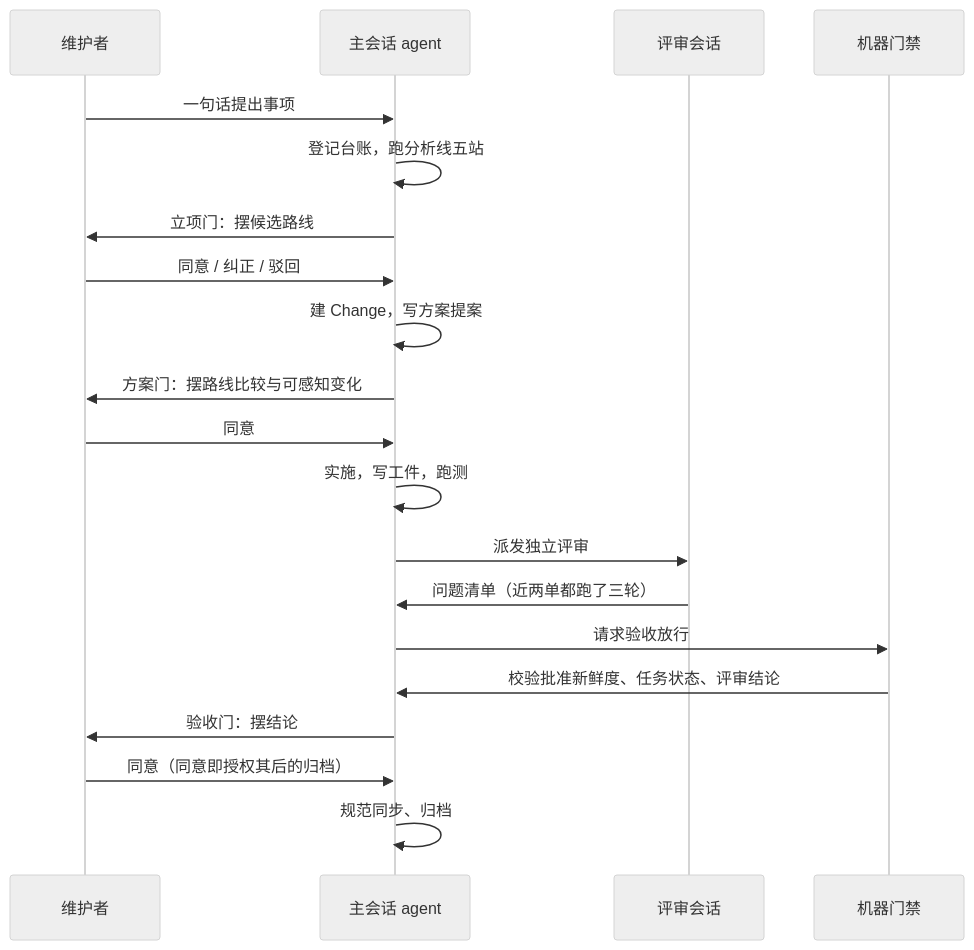
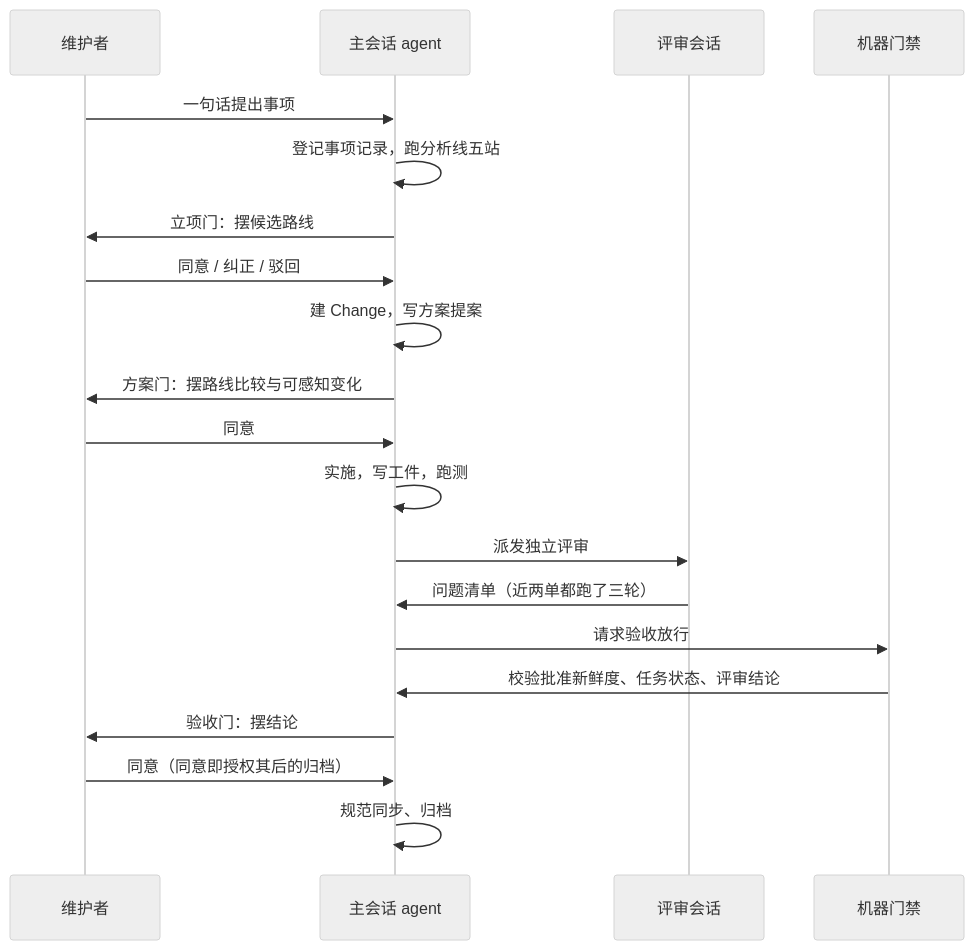
One commit to Eridanus117/delivery-spec-runtime changed the first of 2 diagrams in openspec/changes/slim-workflow-and-plain-language/03-现状/现状.md. Above: the diagram before and after it, drawn with Mermaid (neutral theme). The commit also changed other lines of this file and 16 other files, not shown here.

````diff
--- a/openspec/changes/slim-workflow-and-plain-language/03-现状/现状.md
+++ b/openspec/changes/slim-workflow-and-plain-language/03-现状/现状.md
@@ -56,22 +59,22 @@
 ```mermaid
 sequenceDiagram
     participant M as 维护者
     participant A as 主会话 agent
     participant R as 评审会话
     participant G as 机器门禁
     M->>A: 一句话提出事项
-    A->>A: 登记台账，跑分析线五站
+    A->>A: 登记事项记录，跑分析线五站
     A->>M: 立项门：摆候选路线
     M->>A: 同意 / 纠正 / 驳回
     A->>A: 建 Change，写方案提案
     A->>M: 方案门：摆路线比较与可感知变化
     M->>A: 同意
     A->>A: 实施，写工件，跑测
     A->>R: 派发独立评审
     R->>A: 问题清单（近两单都跑了三轮）
     A->>G: 请求验收放行
     G->>A: 校验批准新鲜度、任务状态、评审结论
     A->>M: 验收门：摆结论
     M->>A: 同意（同意即授权其后的归档）
     A->>A: 规范同步、归档
 ```
````
